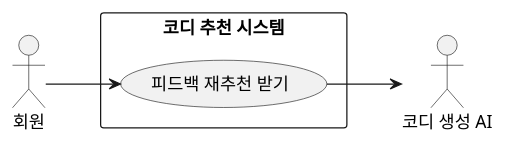
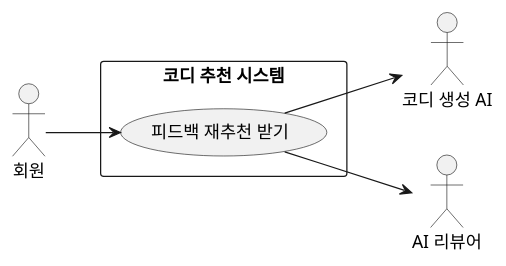
One commit to wzrabbit/closet-fairy-diagrams changed the diagram in src/content/docs/use-cases/6/6-2.md. Above: the diagram before and after it, drawn with PlantUML. The commit also changed other lines of this file, not shown here.

````diff
--- a/src/content/docs/use-cases/6/6-2.md
+++ b/src/content/docs/use-cases/6/6-2.md
@@ -59,17 +80,19 @@
 ```plantuml
 @startuml
 left to right direction
 skinparam packageStyle rectangle
 skinparam shadowing false
 
 actor "회원" as Member
 actor "코디 생성 AI" as AI
+actor "AI 리뷰어" as Reviewer
 
 rectangle "코디 추천 시스템" {
   usecase "피드백 재추천 받기" as Refeedback
 }
 
 Member --> Refeedback
 Refeedback --> AI
+Refeedback --> Reviewer
 @enduml
 ```
````
